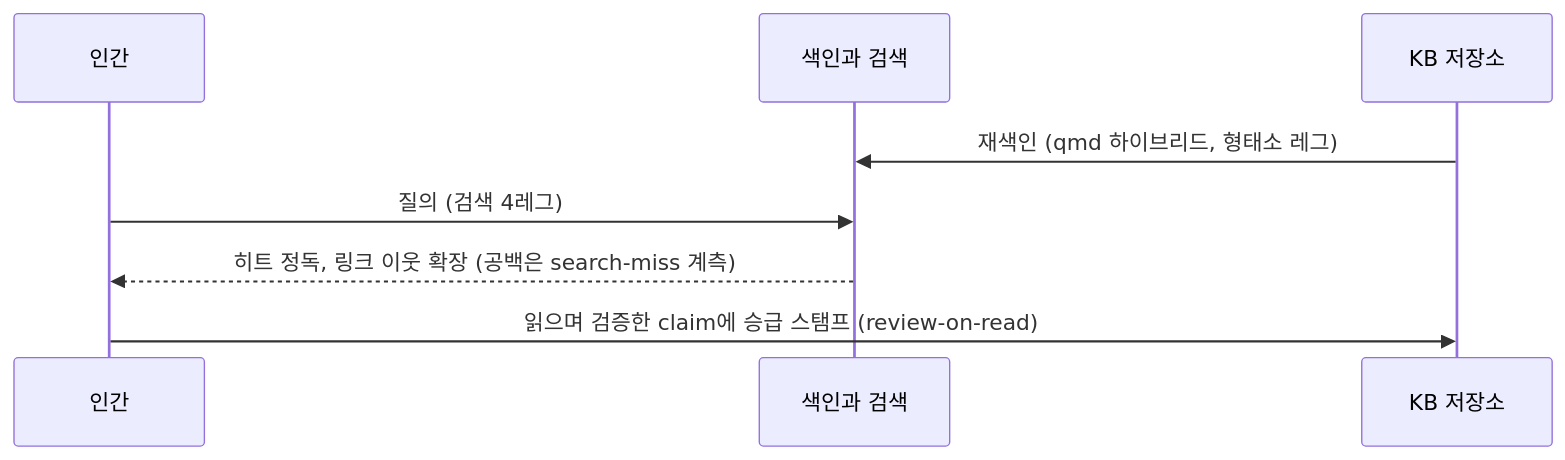
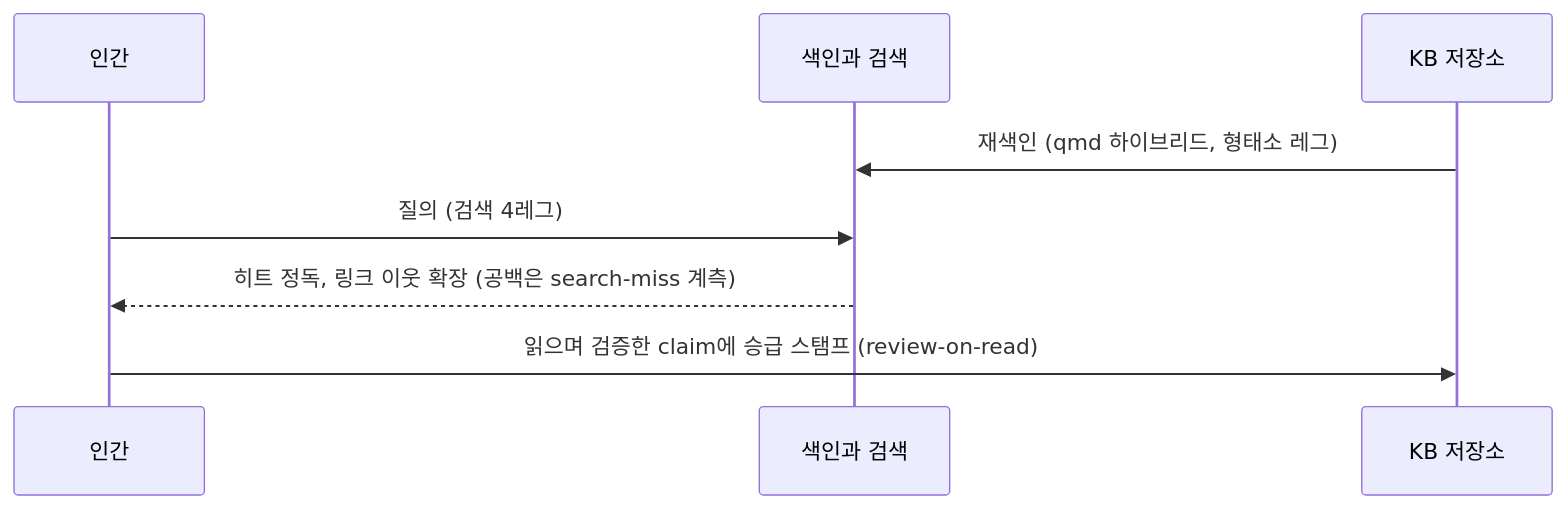
Before and after one commit to alteralab/syntopicon: the third of 4 diagrams in README.md, drawn with Mermaid. The commit also changed other lines of this file, not shown here.

Commit message:
plan: loop 프레임 내부 여백 복원 — boxMargin 6→12 (시각 검증)

````diff
--- a/README.md
+++ b/README.md
@@ -66,12 +66,12 @@
 ```mermaid
-%%{init: {"sequence": {"width": 140, "messageMargin": 28, "boxMargin": 6, "actorMargin": 158}}}%%
+%%{init: {"sequence": {"width": 140, "messageMargin": 28, "boxMargin": 12, "actorMargin": 158}}}%%
 sequenceDiagram
     participant H as 인간
     participant S as 색인과 검색
     participant K as KB 저장소
 
     K->>S: 재색인 (qmd 하이브리드, 형태소 레그)
     H->>S: 질의 (검색 4레그)
     S-->>H: 히트 정독, 링크 이웃 확장 (공백은 search-miss 계측)
     H->>K: 읽으며 검증한 claim에 승급 스탬프 (review-on-read)
 ```
````
